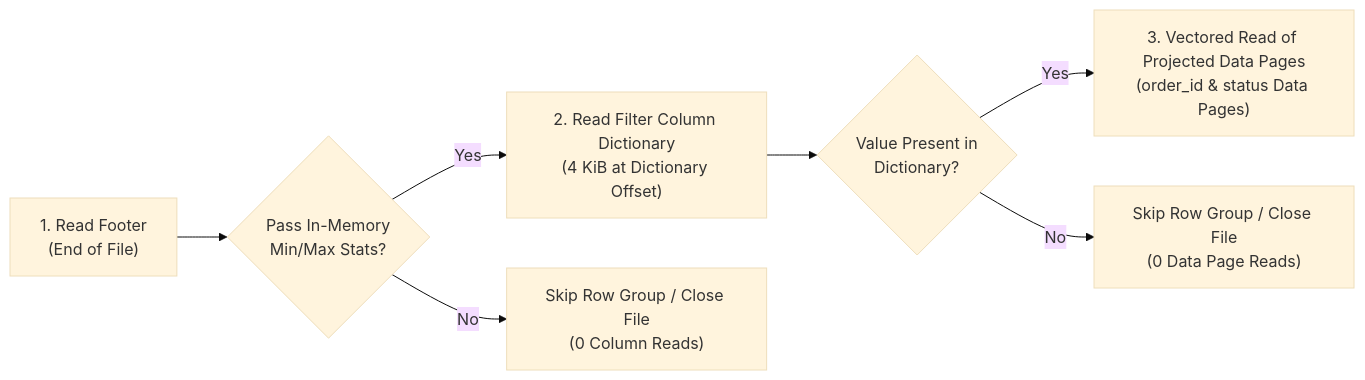
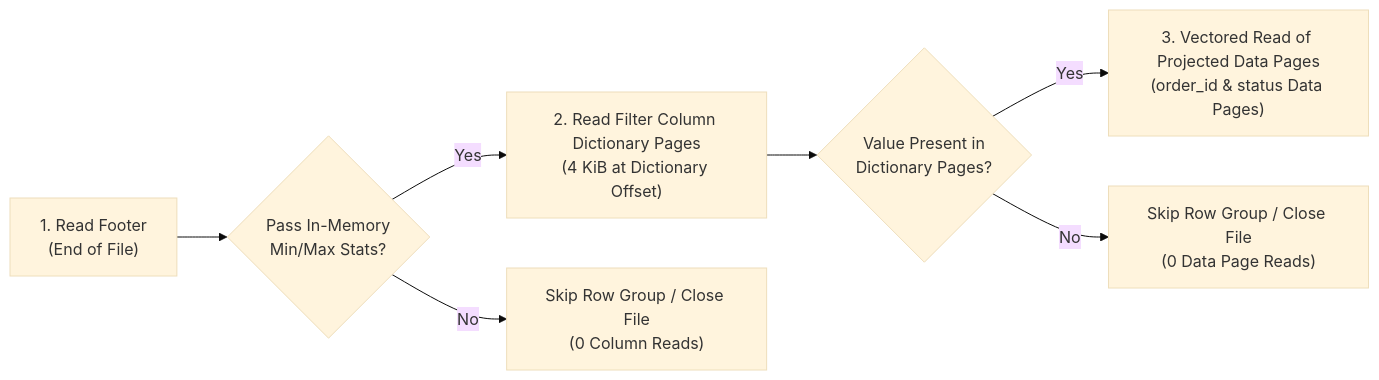
Before and after one commit to prudhvimaharishi/gcs-analytics-core: the second of 8 diagrams in .agents/predictive_prefetching_design_doc.md, drawn with Mermaid (base theme). The commit also changed other lines of this file, not shown here.

````diff
--- a/.agents/predictive_prefetching_design_doc.md
+++ b/.agents/predictive_prefetching_design_doc.md
@@ -48,10 +48,10 @@
 ```mermaid
 flowchart LR
     Step1["1. Read Footer<br/>(End of File)"] --> Check1{"Pass In-Memory<br/>Min/Max Stats?"}
-    Check1 -- "Yes" --> Step2["2. Read Filter Column Dictionary<br/>(4 KiB at Dictionary Offset)"]
-    Step2 --> Check2{"Value Present in<br/>Dictionary?"}
+    Check1 -- "Yes" --> Step2["2. Read Filter Column Dictionary Pages<br/>(4 KiB at Dictionary Offset)"]
+    Step2 --> Check2{"Value Present in<br/>Dictionary Pages?"}
     Check2 -- "Yes" --> Step3["3. Vectored Read of Projected Data Pages<br/>(order_id & status Data Pages)"]
 
     Check1 -- "No" --> Drop1["Skip Row Group / Close File<br/>(0 Column Reads)"]
     Check2 -- "No" --> Drop2["Skip Row Group / Close File<br/>(0 Data Page Reads)"]
 ```
````
